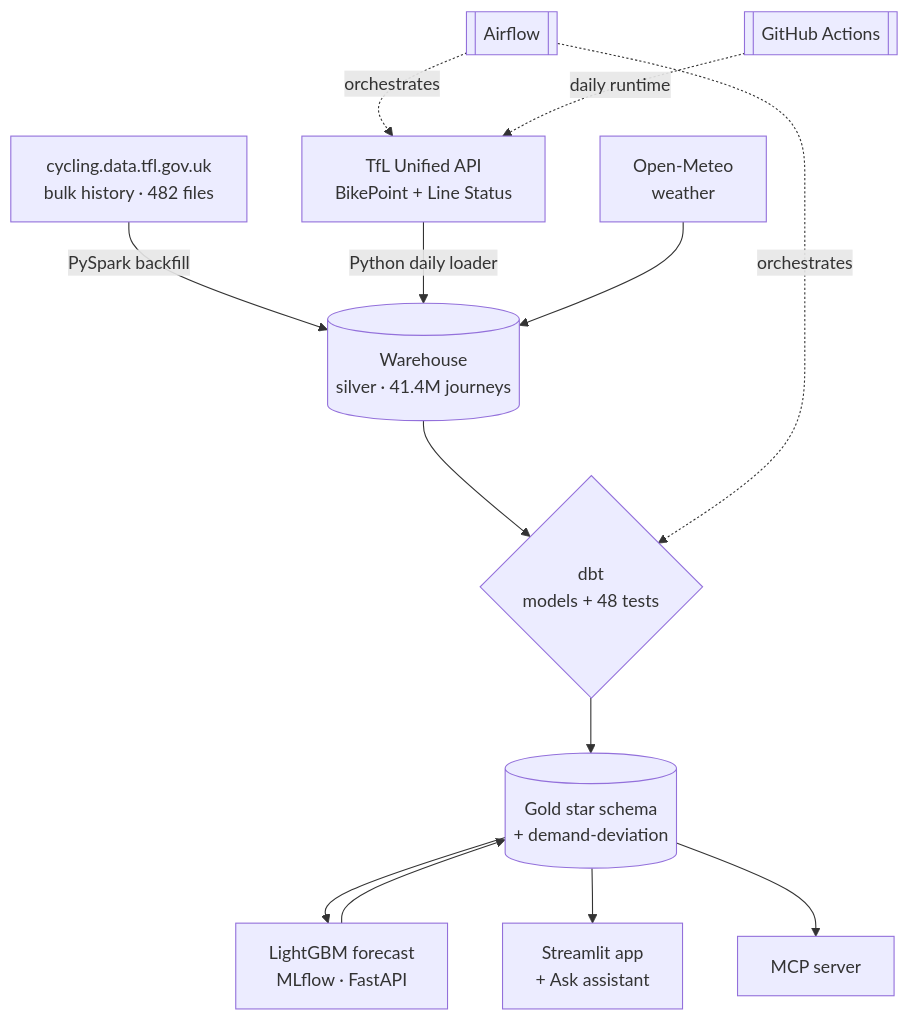
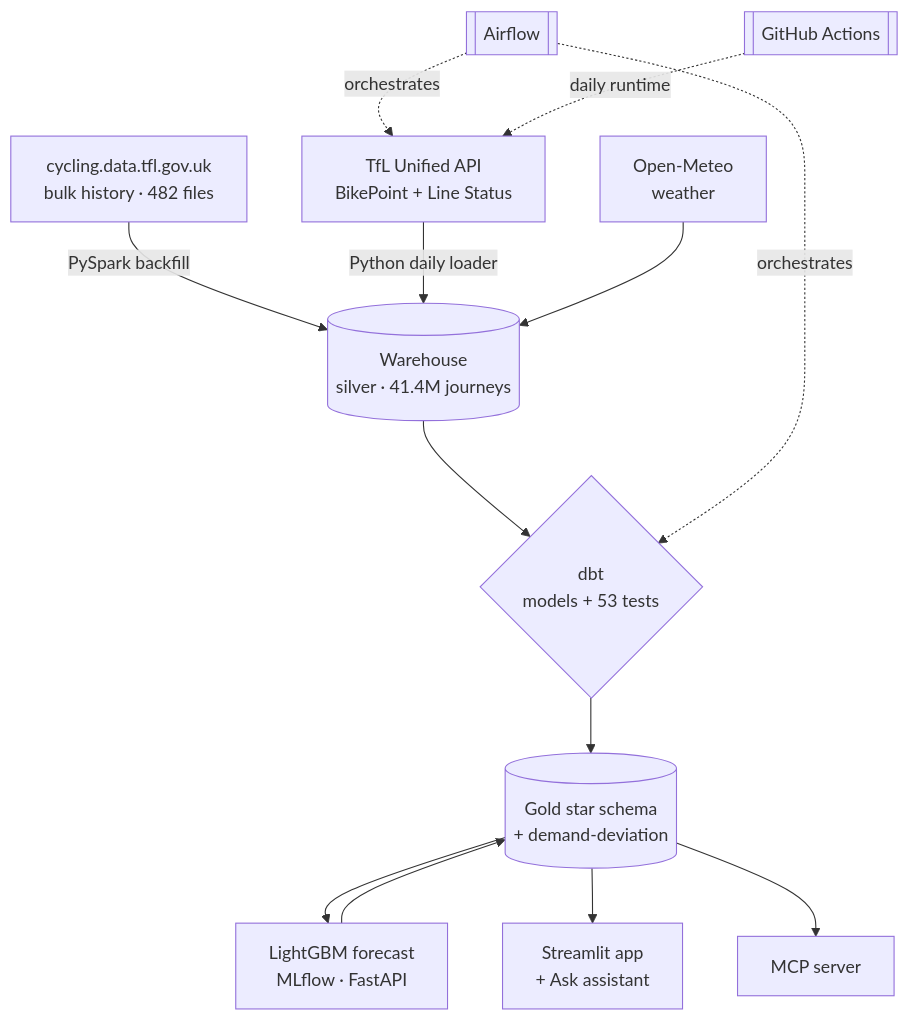
One commit to rosscyking1115/tfl-data-engineering changed the diagram in README.md. Above: the diagram before and after it, drawn with Mermaid. The commit also changed other lines of this file, not shown here.

First line of the commit message:
docs(readme): fix mermaid test count (48->53) + add sibling-project stub

````diff
--- a/README.md
+++ b/README.md
@@ -76,15 +83,15 @@
 ```mermaid
 flowchart TD
     A[cycling.data.tfl.gov.uk<br/>bulk history · 482 files] -->|PySpark backfill| S[(Warehouse<br/>silver · 41.4M journeys)]
     API[TfL Unified API<br/>BikePoint + Line Status] -->|Python daily loader| S
     W[Open-Meteo<br/>weather] --> S
-    S --> D{dbt<br/>models + 48 tests}
+    S --> D{dbt<br/>models + 53 tests}
     D --> G[(Gold star schema<br/>+ demand-deviation)]
     G --> ML[LightGBM forecast<br/>MLflow · FastAPI]
     ML --> G
     G --> APP[Streamlit app<br/>+ Ask assistant]
     G --> MCP[MCP server]
     AF[[Airflow]] -.orchestrates.-> API
     AF -.orchestrates.-> D
     GH[[GitHub Actions]] -.daily runtime.-> API
 ```
````
